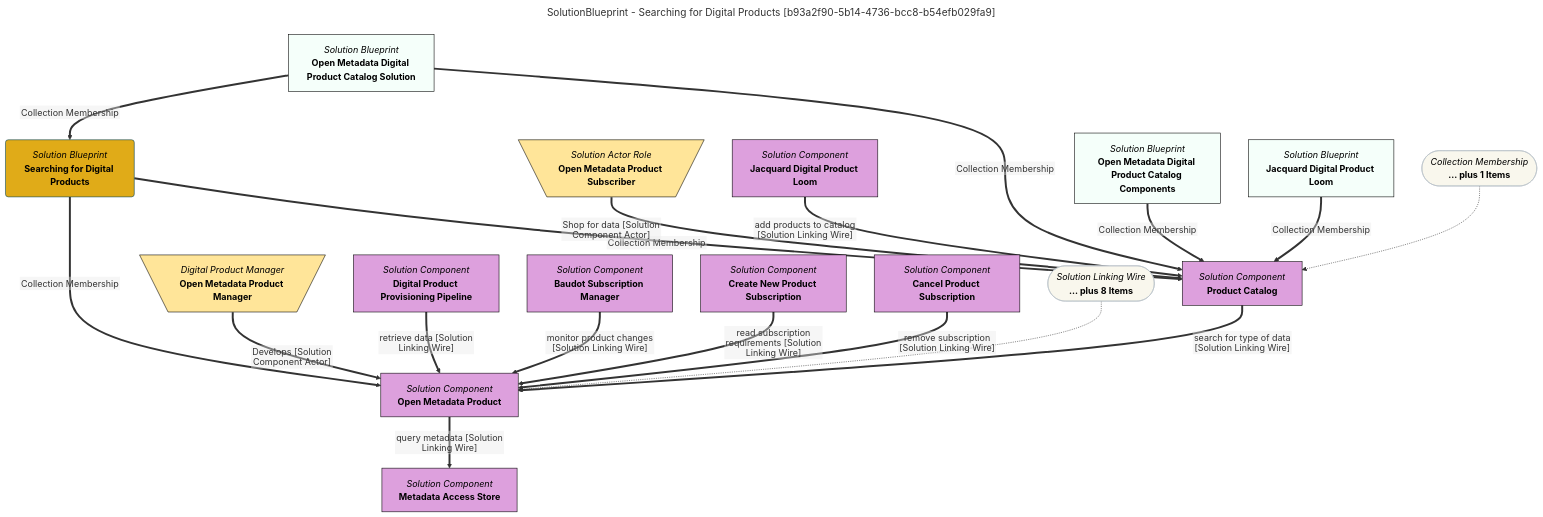
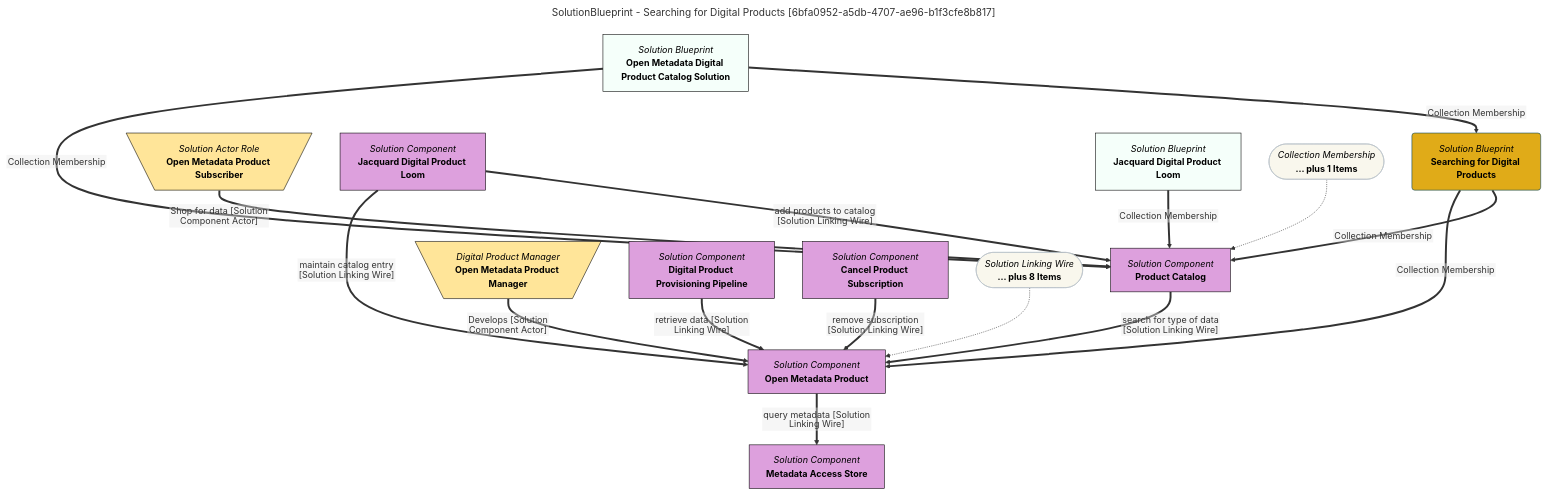
One commit to odpi/egeria-docs changed the diagram in site/snippets/blueprints/digital-products/searching-for-digital-products-mermaid-graph.md. Above: the diagram before and after it, drawn with Mermaid. The commit also changed 2201 other files, not shown here.

````diff
--- a/site/snippets/blueprints/digital-products/searching-for-digital-products-mermaid-graph.md
+++ b/site/snippets/blueprints/digital-products/searching-for-digital-products-mermaid-graph.md
@@ -1,73 +1,62 @@
 ```mermaid
 ---
-title: SolutionBlueprint - Searching for Digital Products [b93a2f90-5b14-4736-bcc8-b54efb029fa9]
+title: SolutionBlueprint - Searching for Digital Products [6bfa0952-a5db-4707-ae96-b1f3cfe8b817]
 ---
 flowchart TD
 %%{init: {"flowchart": {"htmlLabels": false}} }%%
 
 1@{ shape: rounded, label: "*Solution Blueprint*
 **Searching for Digital Products**"}
 2@{ shape: rect, label: "*Solution Blueprint*
 **Open Metadata Digital Product Catalog Solution**"}
 2==>|"Collection Membership"|1
 3@{ shape: rect, label: "*Solution Component*
+**Product Catalog**"}
+1==>|"Collection Membership"|3
+4@{ shape: trap-t, label: "*Solution Actor Role*
+**Open Metadata Product Subscriber**"}
+4==>|"Shop for data [Solution Component Actor]"|3
+5@{ shape: rect, label: "*Solution Component*
+**Jacquard Digital Product Loom**"}
+5==>|"add products to catalog [Solution Linking Wire]"|3
+6@{ shape: rect, label: "*Solution Component*
 **Open Metadata Product**"}
-1==>|"Collection Membership"|3
-4@{ shape: trap-t, label: "*Digital Product Manager*
+3==>|"search for type of data [Solution Linking Wire]"|6
+7@{ shape: rect, label: "*Solution Blueprint*
+**Jacquard Digital Product Loom**"}
+7==>|"Collection Membership"|3
+2==>|"Collection Membership"|3
+8@{ shape: stadium, label: "*Collection Membership*
+**... plus 1 Items**"}
+8-.->3
+1==>|"Collection Membership"|6
+9@{ shape: trap-t, label: "*Digital Product Manager*
 **Open Metadata Product Manager**"}
-4==>|"Develops [Solution Component Actor]"|3
-5@{ shape: rect, label: "*Solution Component*
+9==>|"Develops [Solution Component Actor]"|6
+10@{ shape: rect, label: "*Solution Component*
+**Digital Product Provisioning Pipeline**"}
+10==>|"retrieve data [Solution Linking Wire]"|6
+5==>|"maintain catalog entry [Solution Linking Wire]"|6
+11@{ shape: rect, label: "*Solution Component*
+**Cancel Product Subscription**"}
+11==>|"remove subscription [Solution Linking Wire]"|6
+12@{ shape: rect, label: "*Solution Component*
 **Metadata Access Store**"}
-3==>|"query metadata [Solution Linking Wire]"|5
-6@{ shape: rect, label: "*Solution Component*
-**Digital Product Provisioning Pipeline**"}
-6==>|"retrieve data [Solution Linking Wire]"|3
-7@{ shape: rect, label: "*Solution Component*
-**Baudot Subscription Manager**"}
-7==>|"monitor product changes [Solution Linking Wire]"|3
-8@{ shape: rect, label: "*Solution Component*
-**Create New Product Subscription**"}
-8==>|"read subscription requirements [Solution Linking Wire]"|3
-9@{ shape: rect, label: "*Solution Component*
-**Cancel Product Subscription**"}
-9==>|"remove subscription [Solution Linking Wire]"|3
-10@{ shape: stadium, label: "*Solution Linking Wire*
+6==>|"query metadata [Solution Linking Wire]"|12
+13@{ shape: stadium, label: "*Solution Linking Wire*
 **... plus 8 Items**"}
-10-.->3
-11@{ shape: rect, label: "*Solution Component*
-**Product Catalog**"}
-1==>|"Collection Membership"|11
-12@{ shape: trap-t, label: "*Solution Actor Role*
-**Open Metadata Product Subscriber**"}
-12==>|"Shop for data [Solution Component Actor]"|11
-13@{ shape: rect, label: "*Solution Component*
-**Jacquard Digital Product Loom**"}
-13==>|"add products to catalog [Solution Linking Wire]"|11
-11==>|"search for type of data [Solution Linking Wire]"|3
-2==>|"Collection Membership"|11
-14@{ shape: rect, label: "*Solution Blueprint*
-**Open Metadata Digital Product Catalog Components**"}
-14==>|"Collection Membership"|11
-15@{ shape: rect, label: "*Solution Blueprint*
-**Jacquard Digital Product Loom**"}
-15==>|"Collection Membership"|11
-16@{ shape: stadium, label: "*Collection Membership*
-**... plus 1 Items**"}
-16-.->11
-style 11 color:#000000, fill:#dda0dd, stroke:#000000
-style 12 color:#000000, fill:#FFE599, stroke:#000000
-style 13 color:#000000, fill:#dda0dd, stroke:#000000
-style 14 color:#000000, fill:#f5fffa, stroke:#000000
-style 15 color:#000000, fill:#f5fffa, stroke:#000000
-style 16 color:#000000, fill:#F9F7ED, stroke:#b7c0c7
+13-.->6
+style 11 color:#000000, fill:#DDA0DD, stroke:#000000
+style 12 color:#000000, fill:#DDA0DD, stroke:#000000
+style 13 color:#000000, fill:#F9F7ED, stroke:#b7c0c7
 style 1 color:#000000, fill:#e0ab18, stroke:#004563
 style 2 color:#000000, fill:#f5fffa, stroke:#000000
-style 3 color:#000000, fill:#dda0dd, stroke:#000000
+style 3 color:#000000, fill:#DDA0DD, stroke:#000000
 style 4 color:#000000, fill:#FFE599, stroke:#000000
-style 5 color:#000000, fill:#dda0dd, stroke:#000000
-style 6 color:#000000, fill:#dda0dd, stroke:#000000
-style 7 color:#000000, fill:#dda0dd, stroke:#000000
-style 8 color:#000000, fill:#dda0dd, stroke:#000000
-style 9 color:#000000, fill:#dda0dd, stroke:#000000
-style 10 color:#000000, fill:#F9F7ED, stroke:#b7c0c7
+style 5 color:#000000, fill:#DDA0DD, stroke:#000000
+style 6 color:#000000, fill:#DDA0DD, stroke:#000000
+style 7 color:#000000, fill:#f5fffa, stroke:#000000
+style 8 color:#000000, fill:#F9F7ED, stroke:#b7c0c7
+style 9 color:#000000, fill:#FFE599, stroke:#000000
+style 10 color:#000000, fill:#DDA0DD, stroke:#000000
 ```
````
